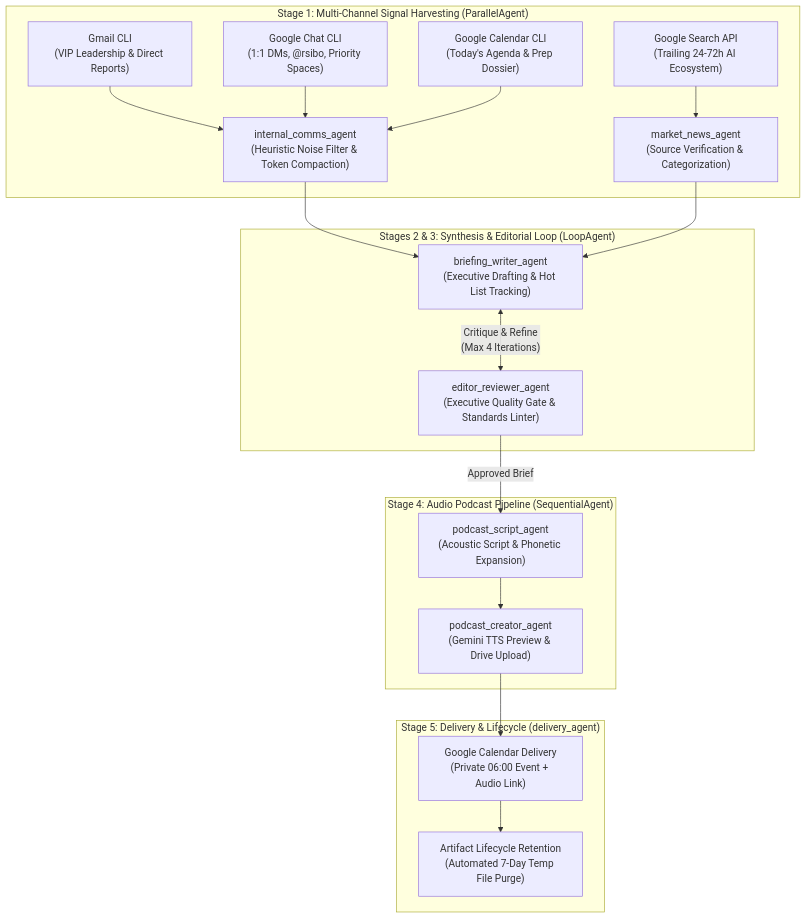
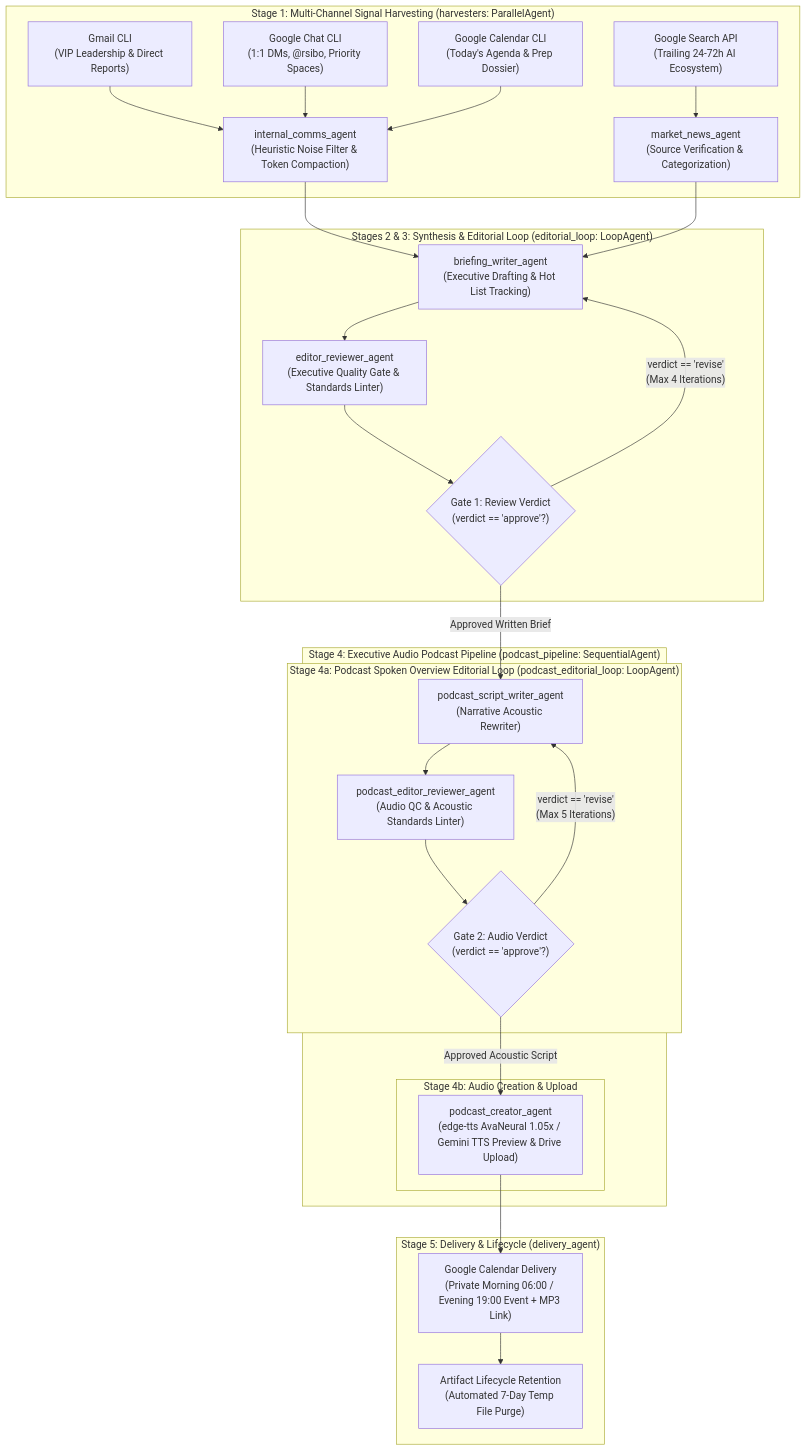
Before and after one commit to RSibo/daily-brief: the diagram in README.md, drawn with Mermaid. The commit also changed other lines of this file and 8 other files, not shown here.

Commit message:
docs(prd): update PRD and README with end-to-end multi-agent diagram, loops, sequences, and gates

````diff
--- a/README.md
+++ b/README.md
@@ -25,42 +25,56 @@
 ```mermaid
 flowchart TD
-    subgraph Stage1 ["Stage 1: Multi-Channel Signal Harvesting (ParallelAgent)"]
+    subgraph Stage1 ["Stage 1: Multi-Channel Signal Harvesting (harvesters: ParallelAgent)"]
         GMAIL["Gmail CLI<br/>(VIP Leadership & Direct Reports)"]
         GCHAT["Google Chat CLI<br/>(1:1 DMs, @rsibo, Priority Spaces)"]
         GCAL["Google Calendar CLI<br/>(Today's Agenda & Prep Dossier)"]
         MARKET_EXT["Google Search API<br/>(Trailing 24-72h AI Ecosystem)"]
         
         INTERNAL_AGENT["internal_comms_agent<br/>(Heuristic Noise Filter & Token Compaction)"]
         MARKET_AGENT["market_news_agent<br/>(Source Verification & Categorization)"]
         
         GMAIL --> INTERNAL_AGENT
         GCHAT --> INTERNAL_AGENT
         GCAL --> INTERNAL_AGENT
         MARKET_EXT --> MARKET_AGENT
     end
 
-    subgraph Stage23 ["Stages 2 & 3: Synthesis & Editorial Loop (LoopAgent)"]
+    subgraph Stage23 ["Stages 2 & 3: Synthesis & Editorial Loop (editorial_loop: LoopAgent)"]
         WRITER["briefing_writer_agent<br/>(Executive Drafting & Hot List Tracking)"]
         REVIEWER["editor_reviewer_agent<br/>(Executive Quality Gate & Standards Linter)"]
+        GATE1{"Gate 1: Review Verdict<br/>(verdict == 'approve'?)"}
         
         INTERNAL_AGENT --> WRITER
         MARKET_AGENT --> WRITER
-        WRITER <-->|"Critique & Refine<br/>(Max 4 Iterations)"| REVIEWER
+        WRITER --> REVIEWER
+        REVIEWER --> GATE1
+        GATE1 -->|"verdict == 'revise'<br/>(Max 4 Iterations)"| WRITER
     end
 
-    subgraph Stage4 ["Stage 4: Audio Podcast Pipeline (SequentialAgent)"]
-        SCRIPT_AGENT["podcast_script_agent<br/>(Acoustic Script & Phonetic Expansion)"]
-        AUDIO_AGENT["podcast_creator_agent<br/>(Gemini TTS Preview & Drive Upload)"]
+    subgraph Stage4 ["Stage 4: Executive Audio Podcast Pipeline (podcast_pipeline: SequentialAgent)"]
+        subgraph Stage4a ["Stage 4a: Podcast Spoken Overview Editorial Loop (podcast_editorial_loop: LoopAgent)"]
+            SCRIPT_WRITER["podcast_script_writer_agent<br/>(Narrative Acoustic Rewriter)"]
+            AUDIO_REVIEWER["podcast_editor_reviewer_agent<br/>(Audio QC & Acoustic Standards Linter)"]
+            GATE2{"Gate 2: Audio Verdict<br/>(verdict == 'approve'?)"}
+            
+            SCRIPT_WRITER --> AUDIO_REVIEWER
+            AUDIO_REVIEWER --> GATE2
+            GATE2 -->|"verdict == 'revise'<br/>(Max 5 Iterations)"| SCRIPT_WRITER
+        end
         
-        REVIEWER -->|"Approved Brief"| SCRIPT_AGENT
-        SCRIPT_AGENT --> AUDIO_AGENT
+        subgraph Stage4b ["Stage 4b: Audio Creation & Upload"]
+            AUDIO_AGENT["podcast_creator_agent<br/>(edge-tts AvaNeural 1.05x / Gemini TTS Preview & Drive Upload)"]
+        end
+        
+        GATE1 -->|"Approved Written Brief"| SCRIPT_WRITER
+        GATE2 -->|"Approved Acoustic Script"| AUDIO_AGENT
     end
 
     subgraph Stage5 ["Stage 5: Delivery & Lifecycle (delivery_agent)"]
-        CAL_DELIVERY["Google Calendar Delivery<br/>(Private 06:00 Event + Audio Link)"]
+        CAL_DELIVERY["Google Calendar Delivery<br/>(Private Morning 06:00 / Evening 19:00 Event + MP3 Link)"]
         LIFECYCLE["Artifact Lifecycle Retention<br/>(Automated 7-Day Temp File Purge)"]
         
         AUDIO_AGENT --> CAL_DELIVERY
         CAL_DELIVERY --> LIFECYCLE
     end
 ```
````
